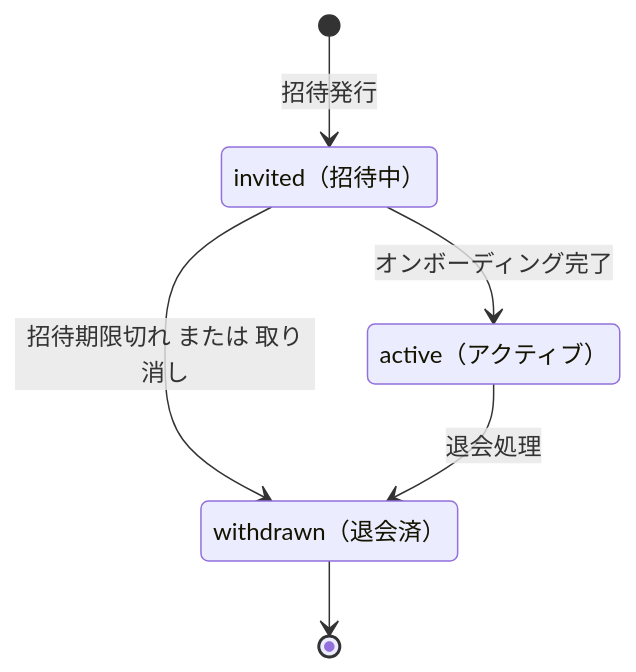
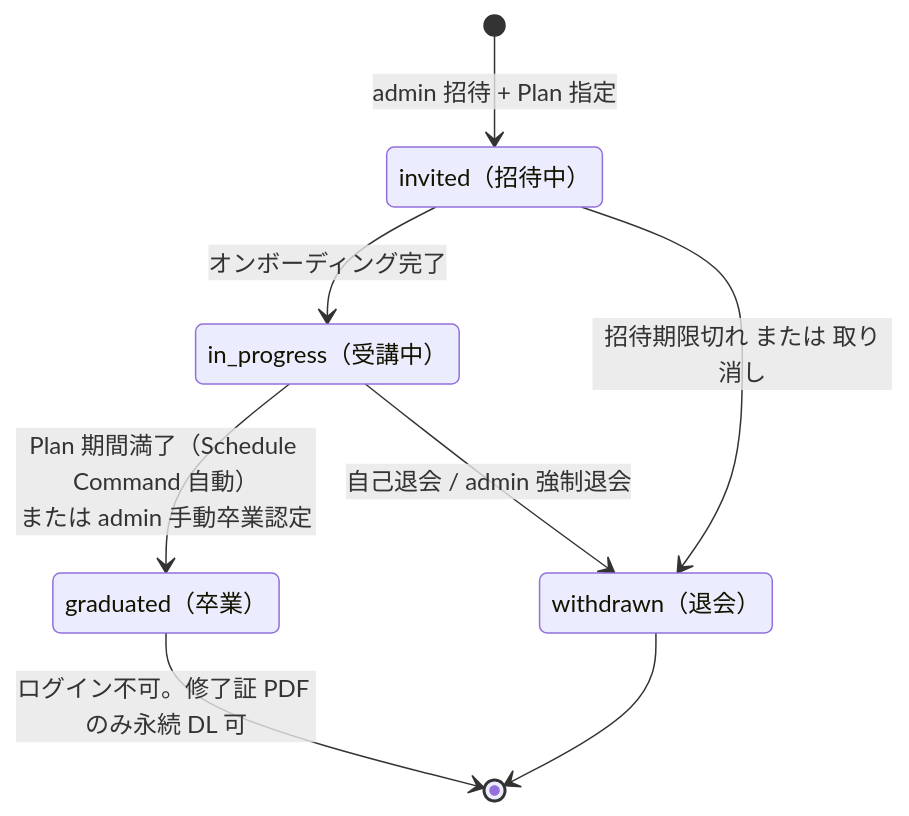
One commit to coachtech-mockcase-second/ExampleAnswer-mockcase-CertifyLMS changed the fifth of 9 diagrams in docs/steering/product.md. Above: the diagram before and after it, drawn with Mermaid. The commit also changed other lines of this file and 67 other files, not shown here.

````diff
--- a/docs/steering/product.md
+++ b/docs/steering/product.md
@@ -353,12 +362,15 @@
 ```mermaid
 stateDiagram-v2
     invited: invited（招待中）
-    active: active（アクティブ）
-    withdrawn: withdrawn（退会済）
+    in_progress: in_progress（受講中）
+    graduated: graduated（卒業）
+    withdrawn: withdrawn（退会）
 
-    [*] --> invited: 招待発行
-    invited --> active: オンボーディング完了
+    [*] --> invited: admin 招待 + Plan 指定
+    invited --> in_progress: オンボーディング完了
     invited --> withdrawn: 招待期限切れ または 取り消し
-    active --> withdrawn: 退会処理
+    in_progress --> graduated: Plan 期間満了（Schedule Command 自動）<br/>または admin 手動卒業認定
+    in_progress --> withdrawn: 自己退会 / admin 強制退会
+    graduated --> [*]: ログイン不可。修了証 PDF のみ永続 DL 可
     withdrawn --> [*]
 ```
````
